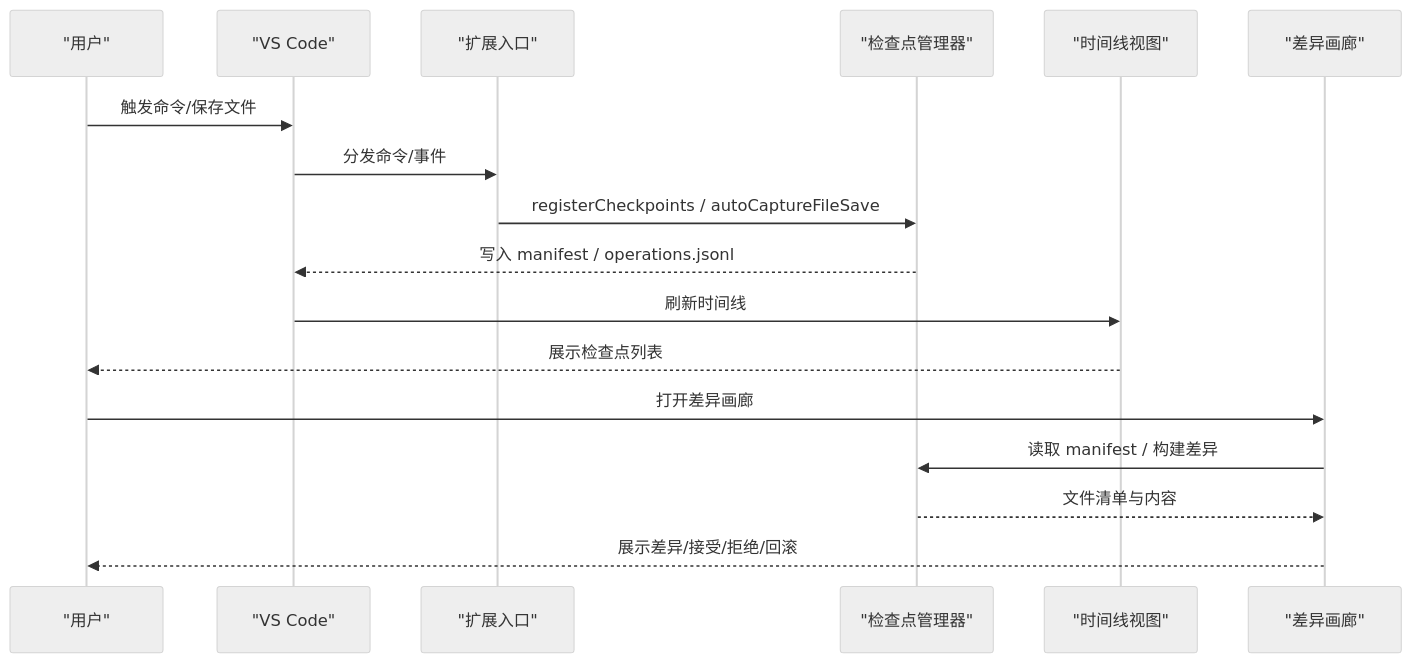
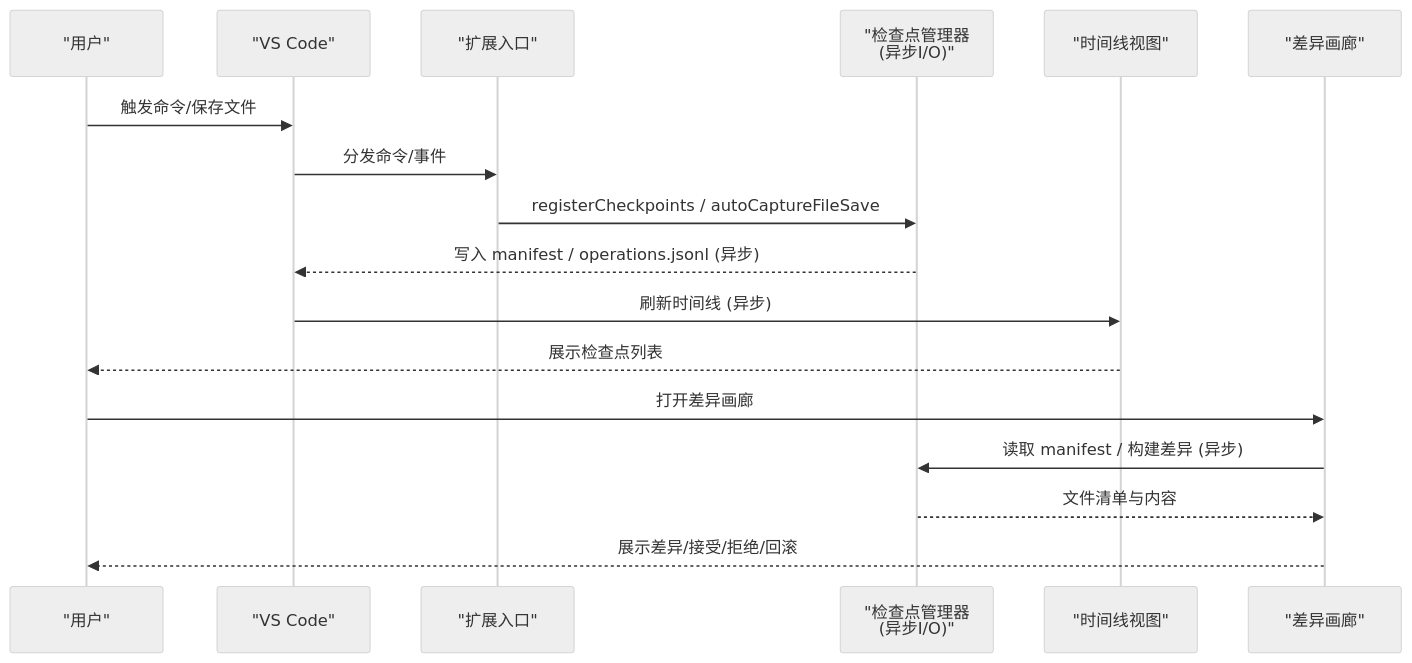
Before and after one commit to sofate798/KodrixCode: the second of 6 diagrams in .qoder/repowiki/zh/content/架构设计/Agent 操作系统架构/检查点可视化系统.md, drawn with Mermaid (neutral theme). The commit also changed other lines of this file and 9 other files, not shown here.

````diff
--- a/.qoder/repowiki/zh/content/架构设计/Agent 操作系统架构/检查点可视化系统.md
+++ b/.qoder/repowiki/zh/content/架构设计/Agent 操作系统架构/检查点可视化系统.md
@@ -80,19 +90,19 @@
 ```mermaid
 sequenceDiagram
 participant U as "用户"
 participant VS as "VS Code"
 participant EXT as "扩展入口"
-participant M as "检查点管理器"
+participant M as "检查点管理器<br/>(异步I/O)"
 participant T as "时间线视图"
 participant G as "差异画廊"
 U->>VS : 触发命令/保存文件
 VS->>EXT : 分发命令/事件
 EXT->>M : registerCheckpoints / autoCaptureFileSave
-M-->>VS : 写入 manifest / operations.jsonl
-VS->>T : 刷新时间线
+M-->>VS : 写入 manifest / operations.jsonl (异步)
+VS->>T : 刷新时间线 (异步)
 T-->>U : 展示检查点列表
 U->>G : 打开差异画廊
-G->>M : 读取 manifest / 构建差异
+G->>M : 读取 manifest / 构建差异 (异步)
 M-->>G : 文件清单与内容
 G-->>U : 展示差异/接受/拒绝/回滚
 ```
````
